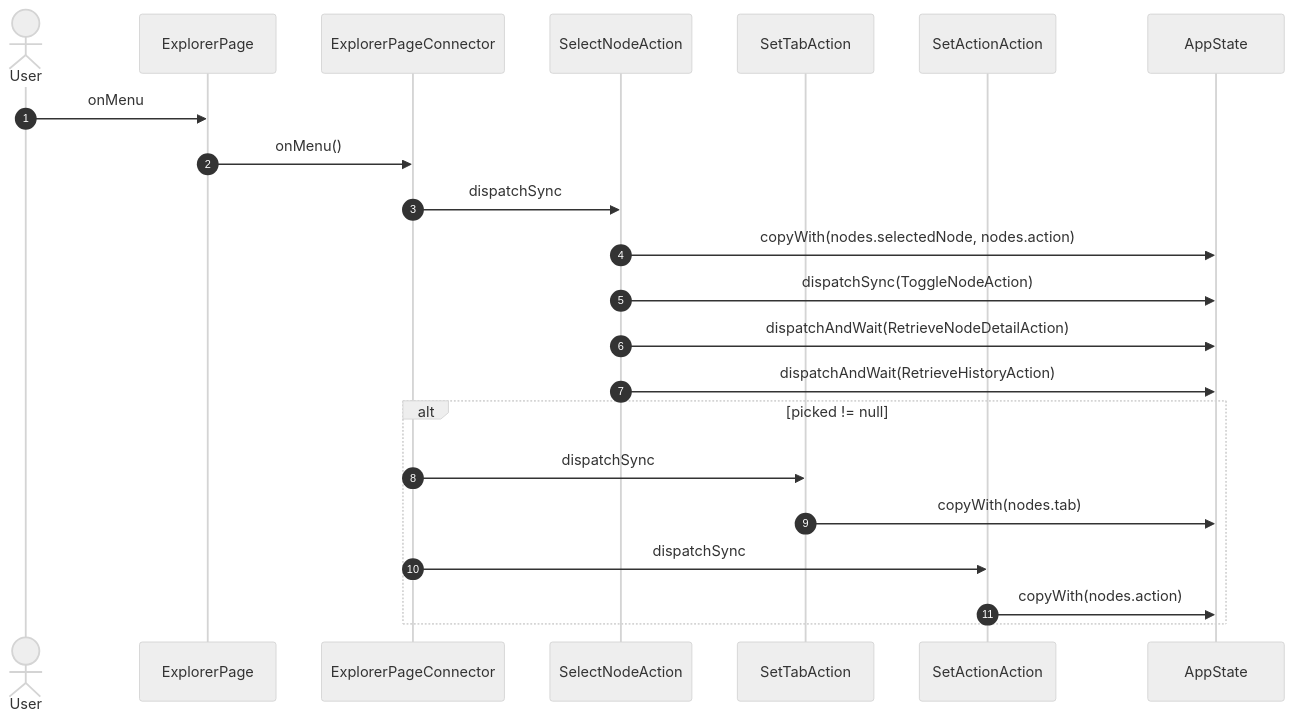
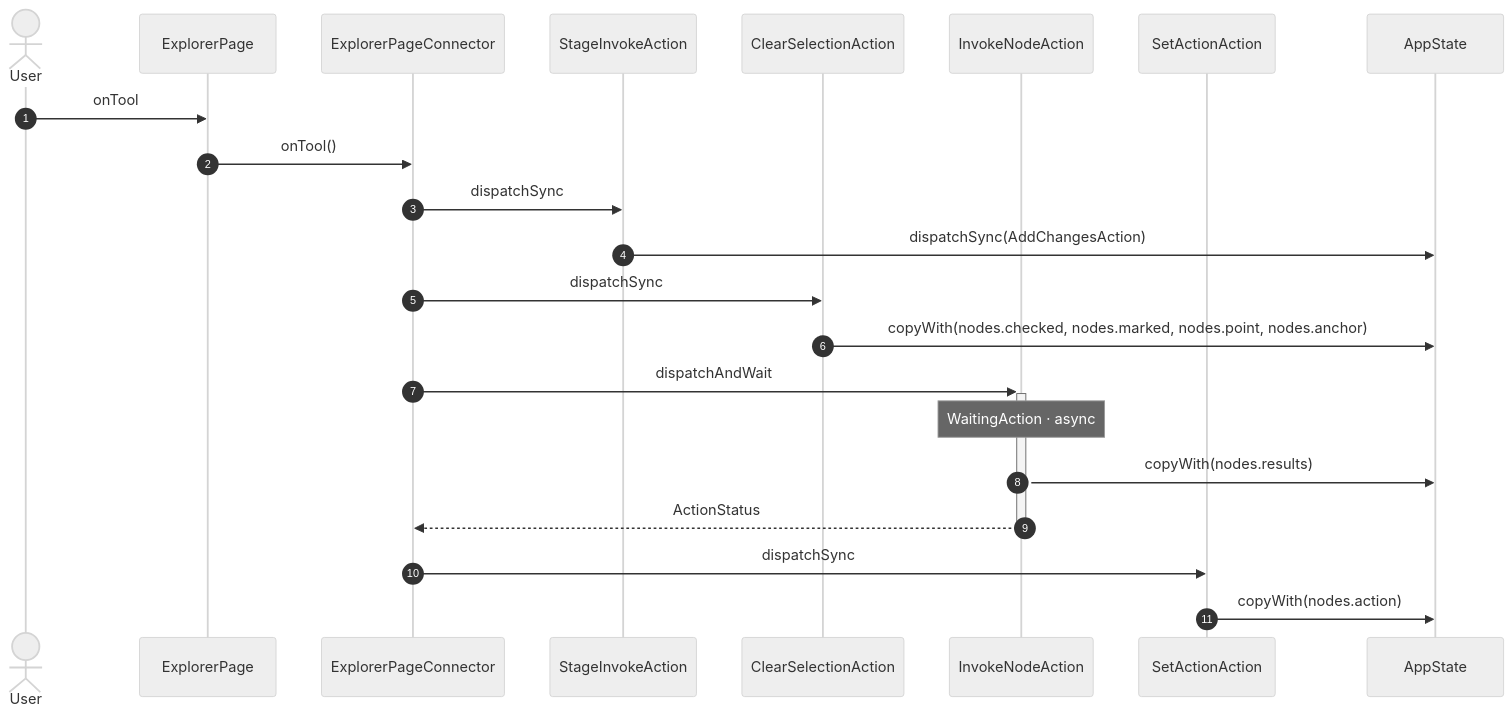
One commit to gencto/wyrm changed diagram 23 of 24 in studio/docs/flows/explorer.md. Above: the diagram before and after it, drawn with Mermaid (neutral theme). The commit also changed other lines of this file and 67 other files, not shown here.

````diff
--- a/studio/docs/flows/explorer.md
+++ b/studio/docs/flows/explorer.md
@@ -205,25 +441,25 @@
 ```mermaid
 sequenceDiagram
     autonumber
     actor User
     participant UI as ExplorerPage
     participant VM as ExplorerPageConnector
-    participant A1 as SelectNodeAction
-    participant A2 as SetTabAction
-    participant A3 as SetActionAction
+    participant A1 as StageInvokeAction
+    participant A2 as ClearSelectionAction
+    participant A3 as InvokeNodeAction
+    participant A4 as SetActionAction
     participant ST as AppState
 
-    User->>UI: onMenu
-    UI->>VM: onMenu()
+    User->>UI: onTool
+    UI->>VM: onTool()
     VM->>A1: dispatchSync
-    A1->>ST: copyWith(nodes.selectedNode, nodes.action)
-    A1->>ST: dispatchSync(ToggleNodeAction)
-    A1->>ST: dispatchAndWait(RetrieveNodeDetailAction)
-    A1->>ST: dispatchAndWait(RetrieveHistoryAction)
-    alt picked != null
-        VM->>A2: dispatchSync
-        A2->>ST: copyWith(nodes.tab)
-        VM->>A3: dispatchSync
-        A3->>ST: copyWith(nodes.action)
-    end
+    A1->>ST: dispatchSync(AddChangesAction)
+    VM->>A2: dispatchSync
+    A2->>ST: copyWith(nodes.checked, nodes.marked, nodes.point, nodes.anchor)
+    VM->>+A3: dispatchAndWait
+    Note over A3: WaitingAction · async
+    A3->>ST: copyWith(nodes.results)
+    A3-->>-VM: ActionStatus
+    VM->>A4: dispatchSync
+    A4->>ST: copyWith(nodes.action)
 ```
````
